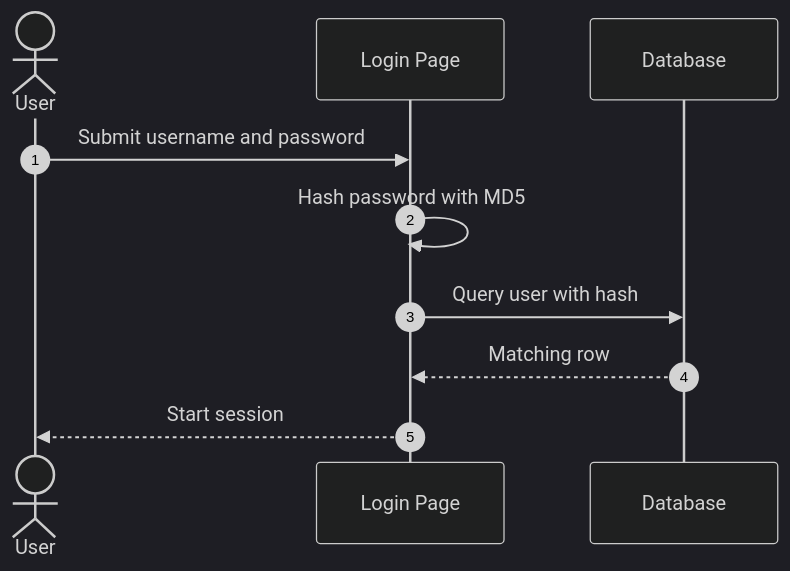
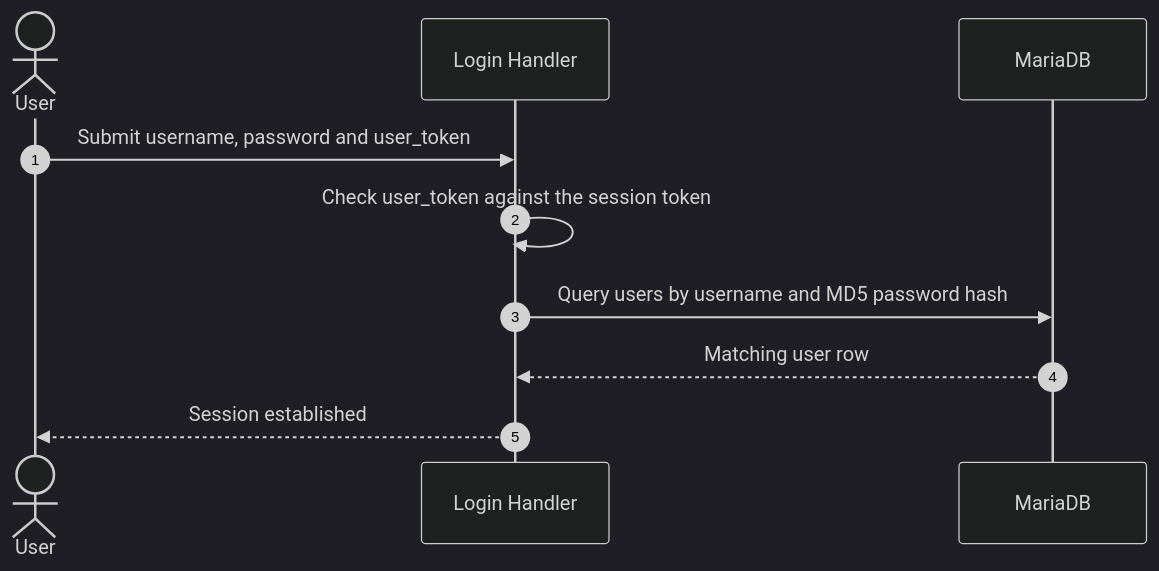
Diagram 12 of 15 in dvwa/security-assessment-dvwa-thorough-0.1.0.md (appsec-foundry/appsec-analyzer-examples), drawn with Mermaid (dark theme) before and after one commit. The commit also changed other lines of this file and 7 other files, not shown here.

````diff
--- a/dvwa/security-assessment-dvwa-thorough-0.1.0.md
+++ b/dvwa/security-assessment-dvwa-thorough-0.1.0.md
@@ -860,12 +838,12 @@
 ```mermaid
 sequenceDiagram
     autonumber
     actor User
-    participant Login as Login Page
-    participant DB as Database
-    User->>Login: Submit username and password
-    Login->>Login: Hash password with MD5
-    Login->>DB: Query user with hash
-    DB-->>Login: Matching row
-    Login-->>User: Start session
+    participant Web as Login Handler
+    participant DB as MariaDB
+    User->>Web: Submit username, password and user_token
+    Web->>Web: Check user_token against the session token
+    Web->>DB: Query users by username and MD5 password hash
+    DB-->>Web: Matching user row
+    Web-->>User: Session established
 ```
````
